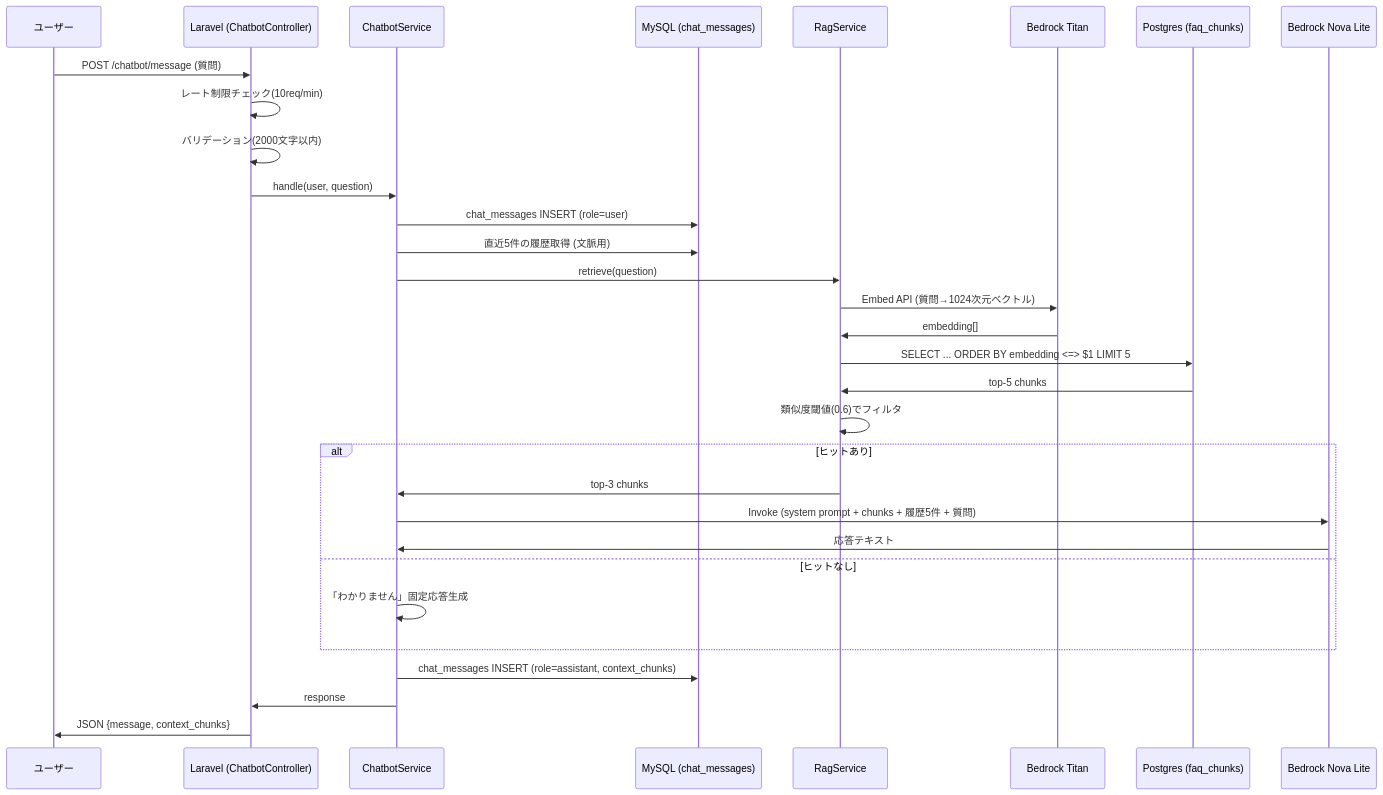
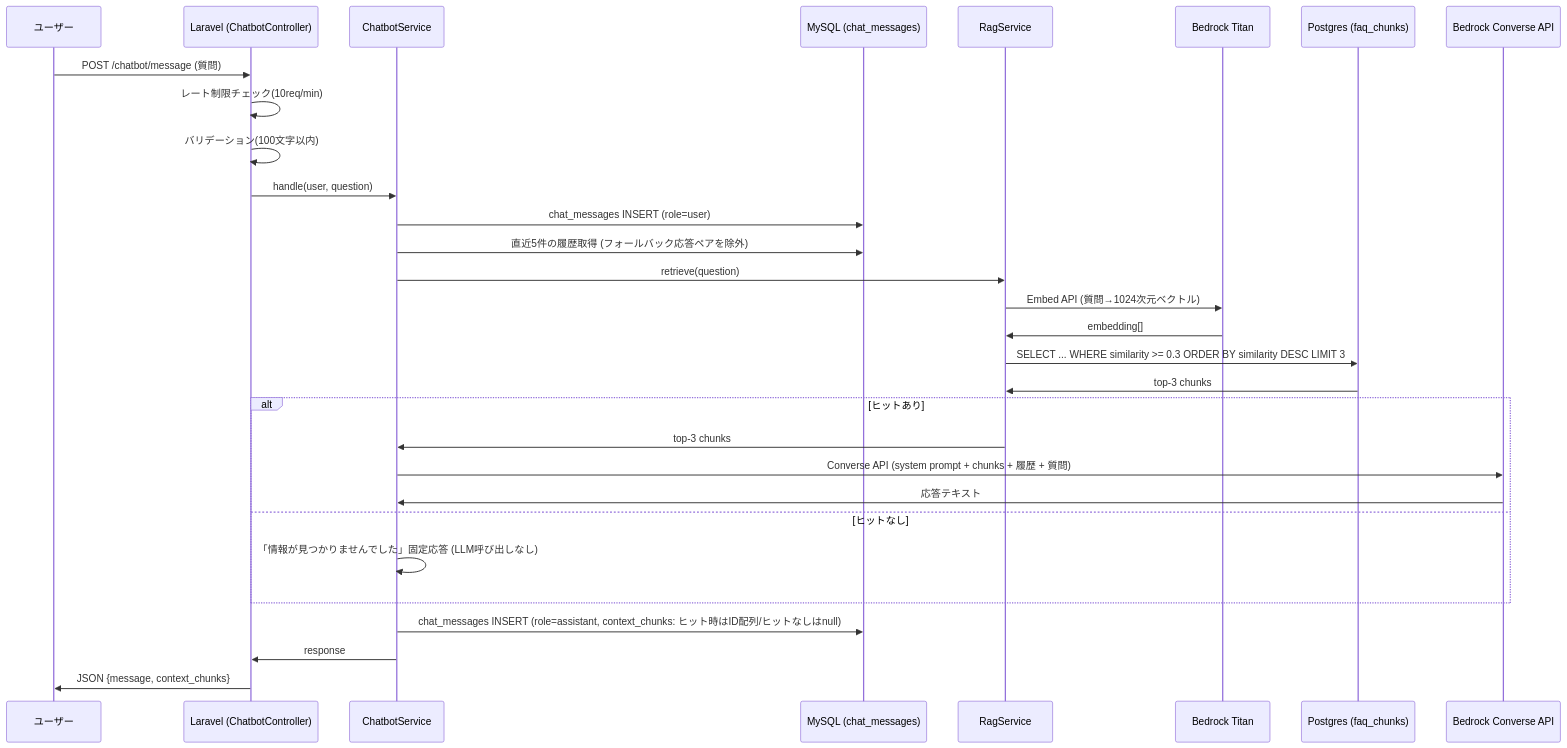
The eighth of 9 diagrams in docs/design-docs/05_data_flow.md (tetsu2026/movie-profile), drawn with Mermaid before and after one commit. The commit also changed other lines of this file and 10 other files, not shown here.

````diff
--- a/docs/design-docs/05_data_flow.md
+++ b/docs/design-docs/05_data_flow.md
@@ -216,34 +216,33 @@
 ```mermaid
 sequenceDiagram
     participant U as ユーザー
     participant L as Laravel (ChatbotController)
     participant S as ChatbotService
     participant MySQL as MySQL (chat_messages)
     participant R as RagService
     participant T as Bedrock Titan
     participant PG as Postgres (faq_chunks)
-    participant N as Bedrock Nova Lite
+    participant N as Bedrock Converse API
 
     U->>L: POST /chatbot/message (質問)
     L->>L: レート制限チェック(10req/min)
-    L->>L: バリデーション(2000文字以内)
+    L->>L: バリデーション(100文字以内)
     L->>S: handle(user, question)
     S->>MySQL: chat_messages INSERT (role=user)
-    S->>MySQL: 直近5件の履歴取得 (文脈用)
+    S->>MySQL: 直近5件の履歴取得 (フォールバック応答ペアを除外)
     S->>R: retrieve(question)
     R->>T: Embed API (質問→1024次元ベクトル)
     T->>R: embedding[]
-    R->>PG: SELECT ... ORDER BY embedding <=> $1 LIMIT 5
-    PG->>R: top-5 chunks
-    R->>R: 類似度閾値(0.6)でフィルタ
+    R->>PG: SELECT ... WHERE similarity >= 0.3 ORDER BY similarity DESC LIMIT 3
+    PG->>R: top-3 chunks
     alt ヒットあり
         R->>S: top-3 chunks
-        S->>N: Invoke (system prompt + chunks + 履歴5件 + 質問)
+        S->>N: Converse API (system prompt + chunks + 履歴 + 質問)
         N->>S: 応答テキスト
     else ヒットなし
-        S->>S: 「わかりません」固定応答生成
+        S->>S: 「情報が見つかりませんでした」固定応答 (LLM呼び出しなし)
     end
-    S->>MySQL: chat_messages INSERT (role=assistant, context_chunks)
+    S->>MySQL: chat_messages INSERT (role=assistant, context_chunks: ヒット時はID配列/ヒットなしはnull)
     S->>L: response
     L->>U: JSON {message, context_chunks}
 ```
````
